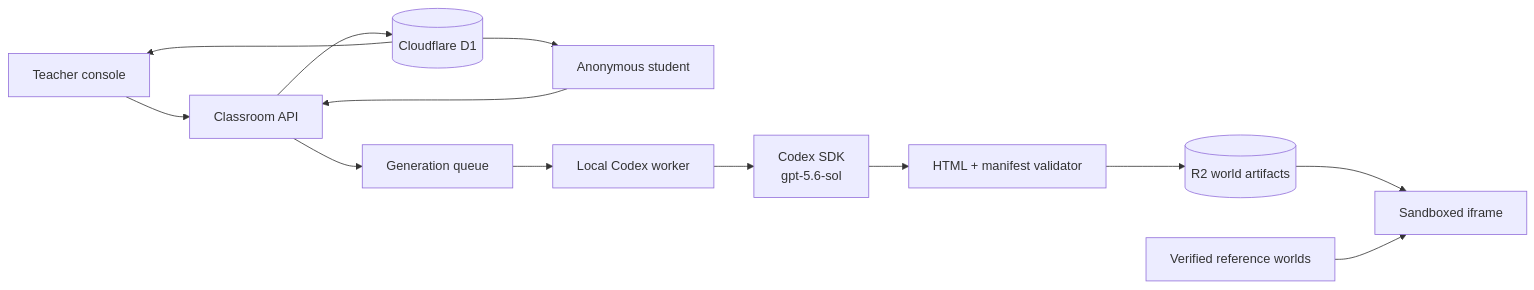
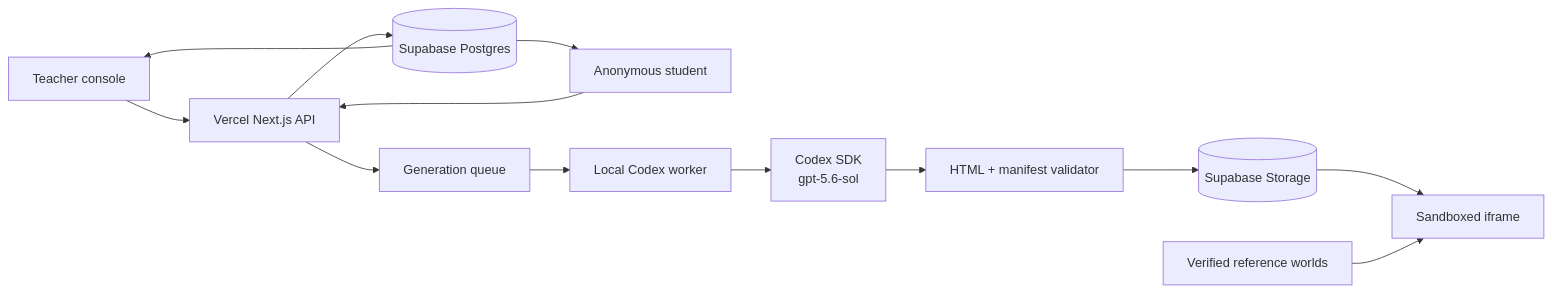
One commit to AdarshSingh-ASR/CounterWorlds changed the diagram in README.md. Above: the diagram before and after it, drawn with Mermaid. The commit also changed other lines of this file and 26 other files, not shown here.

Commit message:
Migrate CounterWorlds to Vercel and Supabase

````diff
--- a/README.md
+++ b/README.md
@@ -25,15 +25,15 @@
 ```mermaid
 flowchart LR
-  T[Teacher console] --> API[Classroom API]
+  T[Teacher console] --> API[Vercel Next.js API]
   S[Anonymous student] --> API
-  API --> D1[(Cloudflare D1)]
+  API --> PG[(Supabase Postgres)]
   API --> J[Generation queue]
   J --> W[Local Codex worker]
   W --> C[Codex SDK\ngpt-5.6-sol]
   C --> V[HTML + manifest validator]
-  V --> R2[(R2 world artifacts)]
-  R2 --> I[Sandboxed iframe]
-  D1 --> T
-  D1 --> S
+  V --> ST[(Supabase Storage)]
+  ST --> I[Sandboxed iframe]
+  PG --> T
+  PG --> S
   F[Verified reference worlds] --> I
 ```
````
